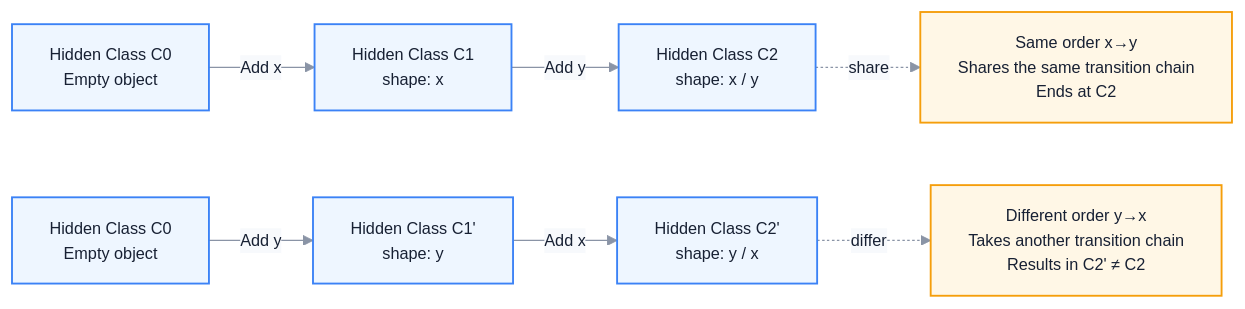
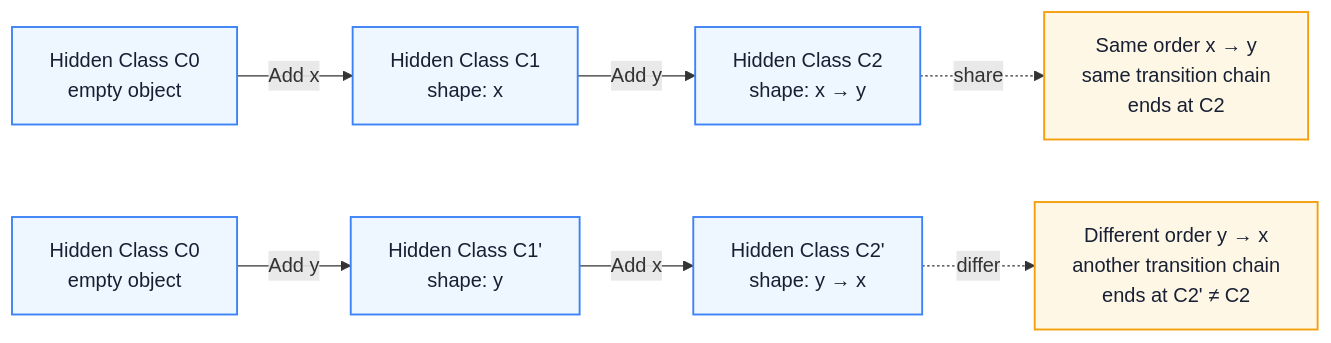
The third of 4 diagrams in docs/en/javascript/v8-jit-gc.md (Fatejian/frontier-vault), drawn with Mermaid before and after one commit. The commit also changed other lines of this file and 41 other files, not shown here.

````diff
--- a/docs/en/javascript/v8-jit-gc.md
+++ b/docs/en/javascript/v8-jit-gc.md
@@ -207,20 +193,19 @@
 ```mermaid
-%%{init: {'theme': 'base', 'themeVariables': { 'fontFamily': 'Inter, PingFang SC, Microsoft YaHei, sans-serif', 'primaryColor': '#EEF6FF', 'primaryTextColor': '#172033', 'primaryBorderColor': '#6EA8FE', 'lineColor': '#8A94A6', 'secondaryColor': '#F7F9FC', 'tertiaryColor': '#FFF7E6', 'fontSize': '13px'}}}%%
 flowchart LR
-    C0["Hidden Class C0<br/>Empty object"] -- "Add x" --> C1["Hidden Class C1<br/>shape: x"]
-    C1 -- "Add y" --> C2["Hidden Class C2<br/>shape: x / y"]
+    C0["Hidden Class C0<br/>empty object"] -- "Add x" --> C1["Hidden Class C1<br/>shape: x"]
+    C1 -- "Add y" --> C2["Hidden Class C2<br/>shape: x → y"]
 
-    C0a["Hidden Class C0<br/>Empty object"] -- "Add y" --> C1a["Hidden Class C1'<br/>shape: y"]
-    C1a -- "Add x" --> C2a["Hidden Class C2'<br/>shape: y / x"]
+    C0a["Hidden Class C0<br/>empty object"] -- "Add y" --> C1a["Hidden Class C1'<br/>shape: y"]
+    C1a -- "Add x" --> C2a["Hidden Class C2'<br/>shape: y → x"]
 
-    Note1["Same order x→y<br/>Shares the same transition chain<br/>Ends at C2"]
-    Note2["Different order y→x<br/>Takes another transition chain<br/>Results in C2' ≠ C2"]
+    Note1["Same order x → y<br/>same transition chain<br/>ends at C2"]
+    Note2["Different order y → x<br/>another transition chain<br/>ends at C2' ≠ C2"]
 
-    C2 -. share .-> Note1
-    C2a -. differ .-> Note2
+    C2 -. "share" .-> Note1
+    C2a -. "differ" .-> Note2
 
-    classDef hc fill:#EEF6FF,stroke:#3B82F6,color:#172033,stroke-width:1.5px;
-    classDef note fill:#FFF7E6,stroke:#F59E0B,color:#172033,stroke-width:1.5px;
-    class C0,C1,C2,C0a,C1a,C2a hc;
-    class Note1,Note2 note;
+    classDef wait fill:#EEF6FF,stroke:#3B82F6,color:#172033,stroke-width:1.5px;
+    classDef block fill:#FFF7E6,stroke:#F59E0B,color:#172033,stroke-width:1.5px;
+    class C0,C1,C2,C0a,C1a,C2a wait;
+    class Note1,Note2 block;
 ```
````
